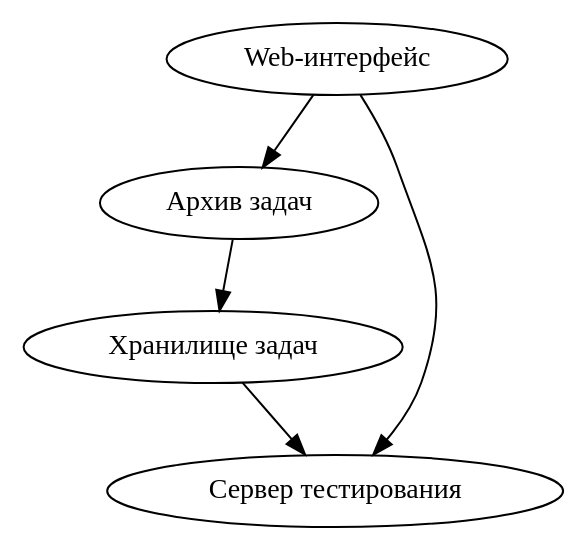
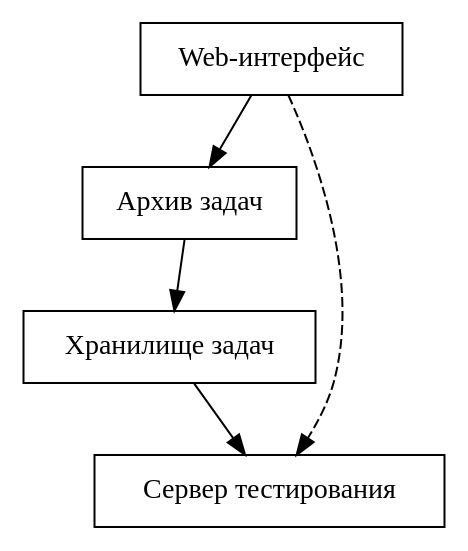
The diagram in rs/bacsbasicrpc.dot (sarum9in/master_thesis), drawn with Graphviz before and after one commit. The commit also changed 1 other file, not shown here.

```diff
--- a/rs/bacsbasicrpc.dot
+++ b/rs/bacsbasicrpc.dot
@@ -1,12 +1,14 @@
 digraph BacsBasicRPC
 {
+    node[shape=box];
+
     web[label="Web-интерфейс"];
     archive[label="Архив задач"];
     storage[label="Хранилище задач"];
     worker[label="Сервер тестирования"];
 
-    web->worker;
+    web->worker[style="dashed"];
     web->archive;
     archive->storage;
     storage->worker;
 }
```
